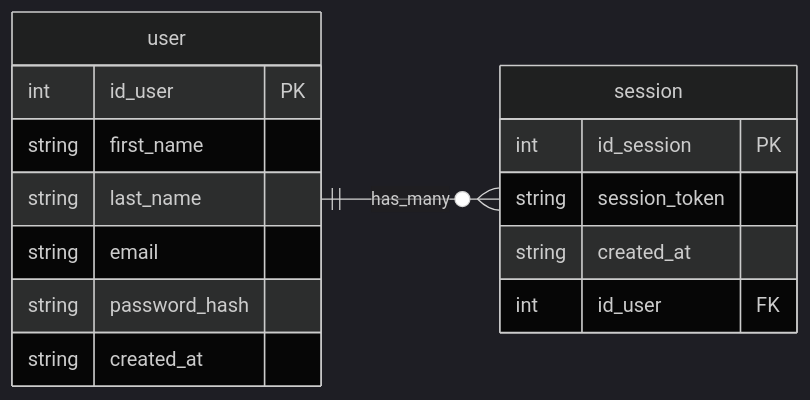
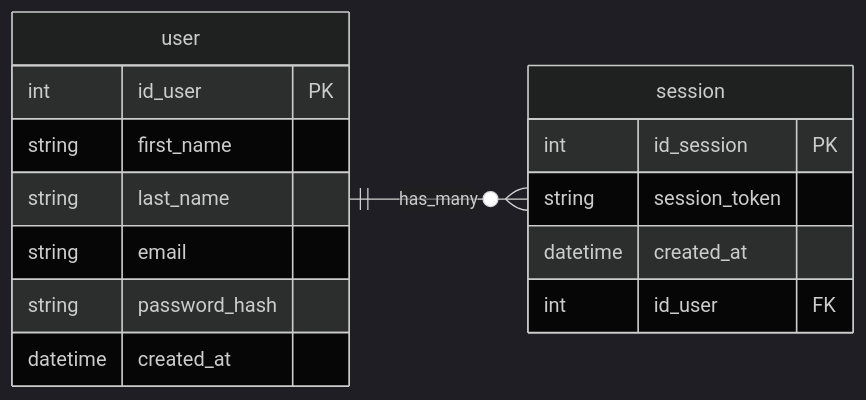
Before and after one commit to Dwaysetya/fgo24-db-auth-flow: the diagram in README.md, drawn with Mermaid (dark theme).

Commit message:
fix:update code in readme

````diff
--- a/README.md
+++ b/README.md
@@ -4,24 +4,24 @@
 ```mermaid
 
 erDiagram
 direction LR
 user ||--o{ session :has_many
 
 user{
     int id_user PK
     string first_name
     string last_name
     string email
     string password_hash
-    string created_at
+    datetime created_at
 }
 
 session{
     int id_session PK
     string session_token
-    string created_at
+    datetime created_at
     int id_user FK
 }
 
 
 ```
````
